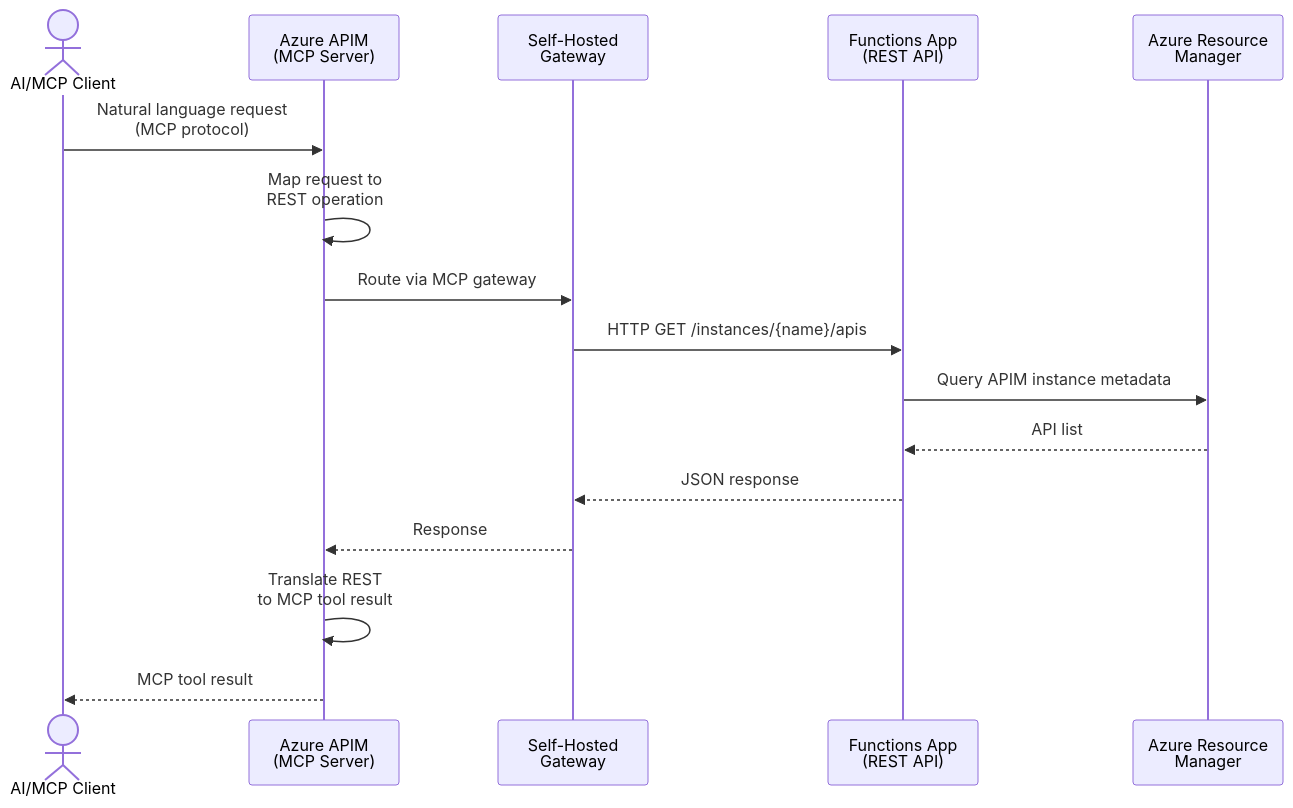
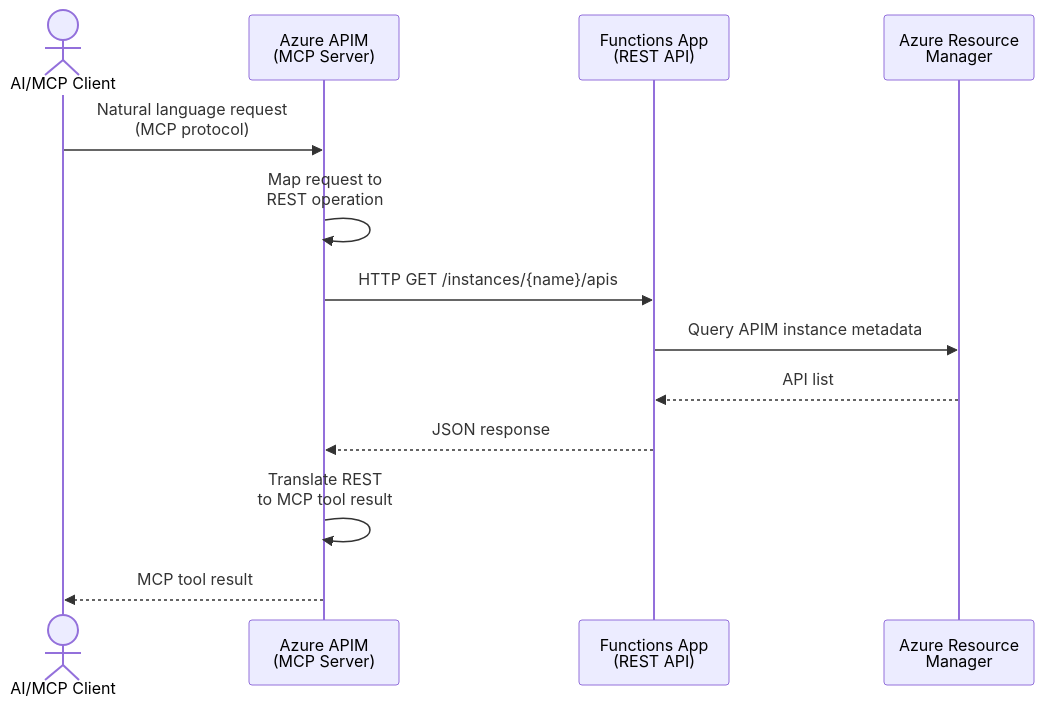
One commit to aundykmahesh/azure-apim-mcp-agent changed the first of 2 diagrams in docs/technical-document.md. Above: the diagram before and after it, drawn with Mermaid. The commit also changed other lines of this file and 1 other file, not shown here.

````diff
--- a/docs/technical-document.md
+++ b/docs/technical-document.md
@@ -48,19 +47,16 @@
 ```mermaid
 sequenceDiagram
     actor AI as AI/MCP Client
     participant APIM as Azure APIM<br/>(MCP Server)
-    participant SHGW as Self-Hosted<br/>Gateway
     participant Func as Functions App<br/>(REST API)
     participant ARM as Azure Resource<br/>Manager
 
     AI->>APIM: Natural language request<br/>(MCP protocol)
     APIM->>APIM: Map request to<br/>REST operation
-    APIM->>SHGW: Route via MCP gateway
-    SHGW->>Func: HTTP GET /instances/{name}/apis
+    APIM->>Func: HTTP GET /instances/{name}/apis
     Func->>ARM: Query APIM instance metadata
     ARM-->>Func: API list
-    Func-->>SHGW: JSON response
-    SHGW-->>APIM: Response
+    Func-->>APIM: JSON response
     APIM->>APIM: Translate REST<br/>to MCP tool result
     APIM-->>AI: MCP tool result
 ```
````
